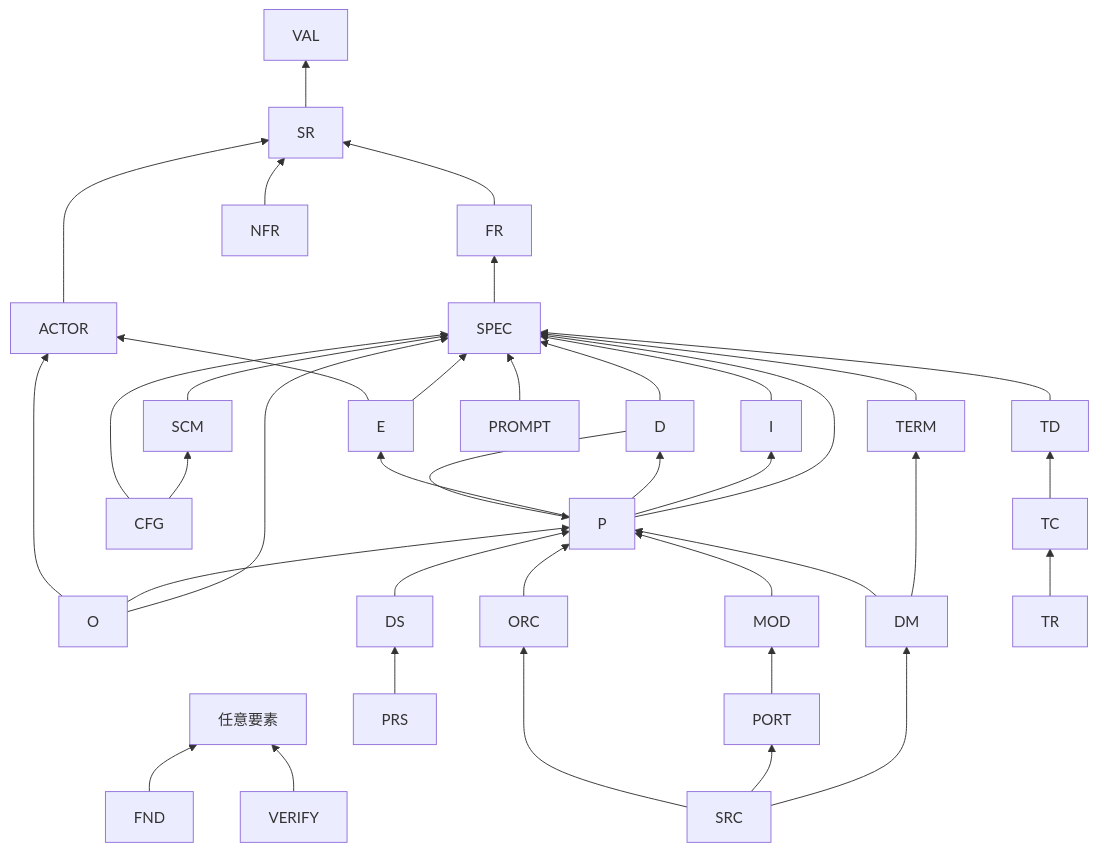
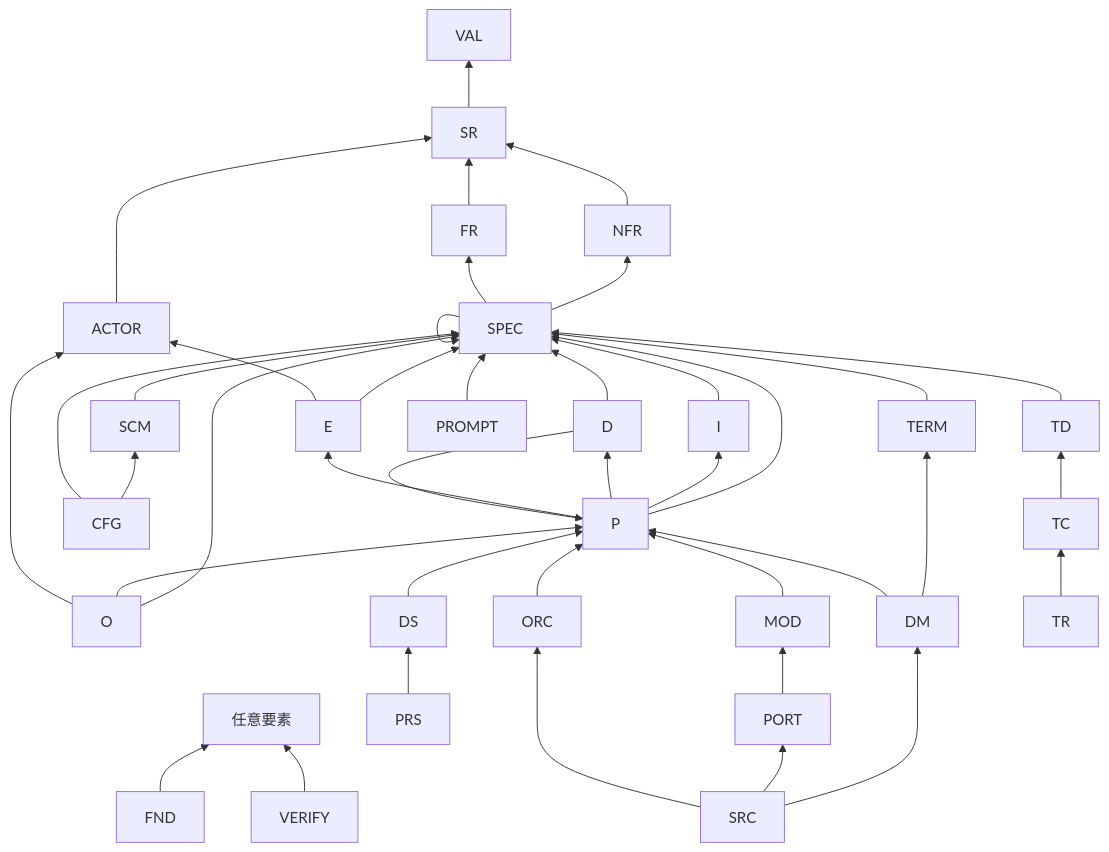
One commit to hiratashinnya/review-system changed the diagram in docs/doc-system/03-connection-matrix.md. Above: the diagram before and after it, drawn with Mermaid. The commit also changed other lines of this file and 68 other files, not shown here.

````diff
--- a/docs/doc-system/03-connection-matrix.md
+++ b/docs/doc-system/03-connection-matrix.md
@@ -20,40 +17,42 @@
 ```mermaid
 flowchart BT
   SR --> VAL
   FR --> SR
   NFR --> SR
+  SPEC --> NFR
   SPEC --> FR
+  SPEC --> SPEC
   TERM --> SPEC
   ACTOR --> SR
   I --> SPEC
   O --> SPEC
   O --> P
   O --> ACTOR
   D --> SPEC
   D --> P
   P --> SPEC
   P --> I
   P --> D
   P --> E
   E --> SPEC
   E --> ACTOR
   ORC --> P
   DS --> P
   MOD --> P
   DM --> TERM
   DM --> P
   PORT --> MOD
   PRS --> DS
   SCM --> SPEC
   CFG --> SCM
   CFG --> SPEC
   PROMPT --> SPEC
   SRC --> DM
   SRC --> PORT
   SRC --> ORC
   TD --> SPEC
   TC --> TD
   TR --> TC
   VERIFY --> 任意要素
   FND --> 任意要素
 ```
````
